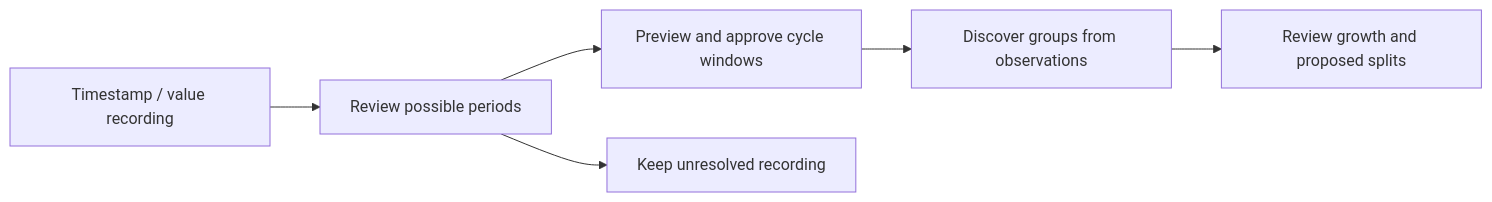
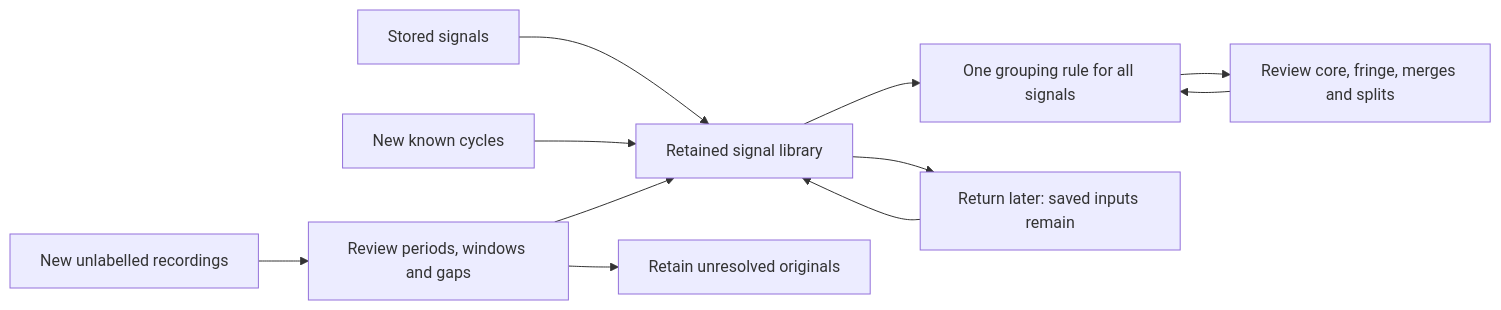
Before and after one commit to iLikeToLie/signal-atlas: the diagram in README.md, drawn with Mermaid. The commit also changed other lines of this file and 25 other files, not shown here.

Commit message:
Unify retained signal library and reviewed group evolution

````diff
--- a/README.md
+++ b/README.md
@@ -11,8 +11,13 @@
 ```mermaid
 flowchart LR
-    R[Timestamp / value recording] --> P[Review possible periods]
-    P --> W[Preview and approve cycle windows]
-    W --> G[Discover groups from observations]
-    G --> S[Review growth and proposed splits]
-    P --> U[Keep unresolved recording]
+    S[Stored signals] --> L[Retained signal library]
+    C[New known cycles] --> L
+    R[New unlabelled recordings] --> P[Review periods, windows and gaps]
+    P --> L
+    P --> U[Retain unresolved originals]
+    L --> G[One grouping rule for all signals]
+    G --> H[Review core, fringe, merges and splits]
+    H --> G
+    L --> B[Return later: saved inputs remain]
+    B --> L
 ```
````
